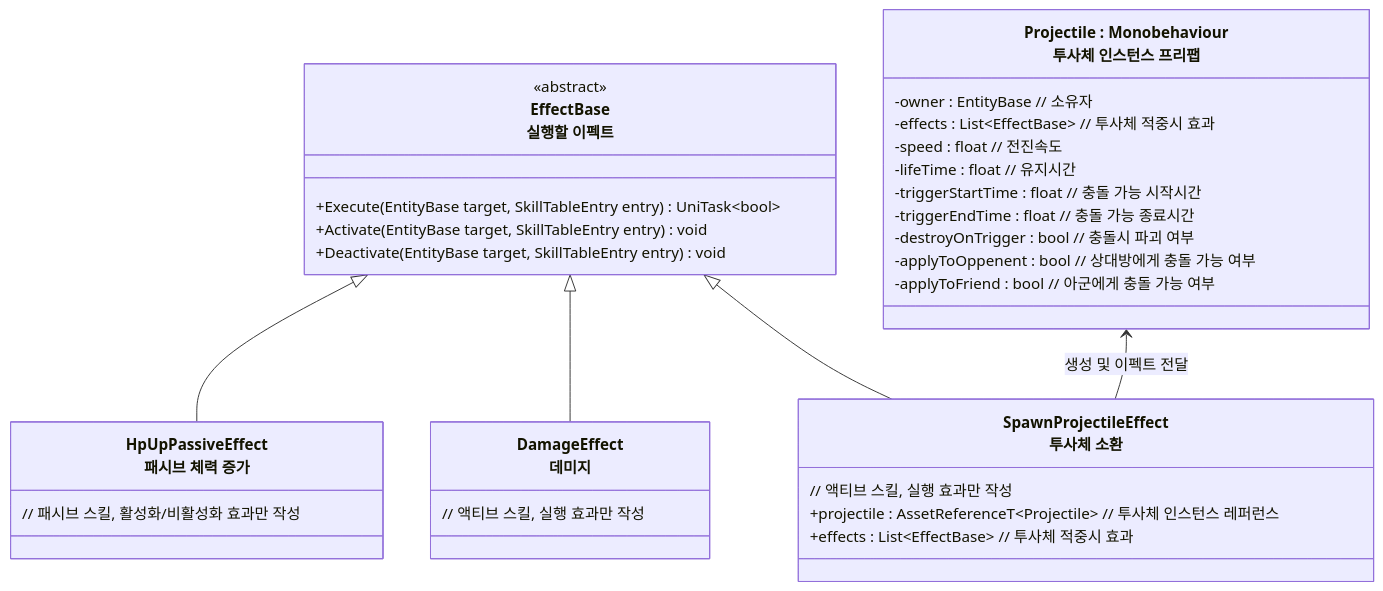
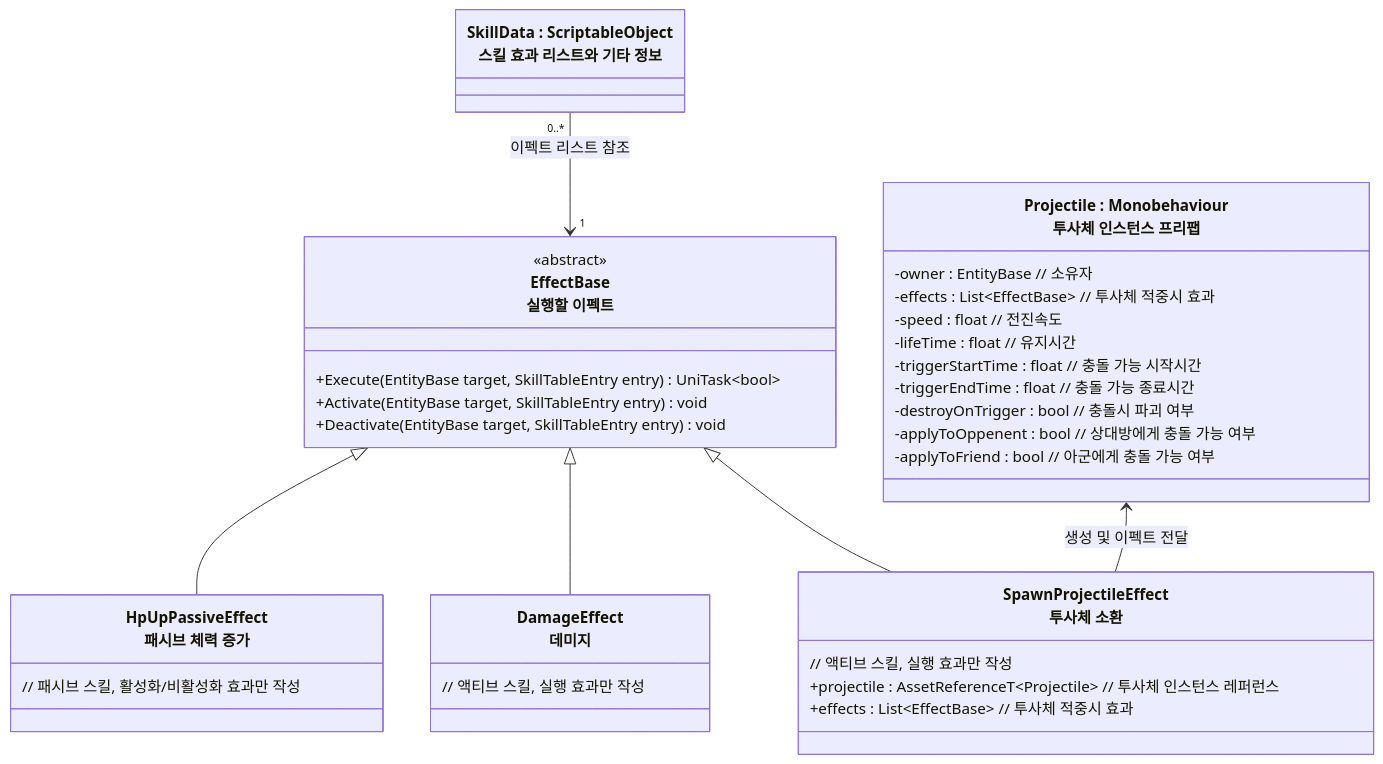
The second of 3 diagrams in README/스킬시스템_설계.md (JIN5EOK/DungeonShooter), drawn with Mermaid before and after one commit. The commit also changed other lines of this file and 1 other file, not shown here.

````diff
--- a/README/스킬시스템_설계.md
+++ b/README/스킬시스템_설계.md
@@ -95,40 +102,41 @@
 ```mermaid
 classDiagram
     class EffectBase["EffectBase<br>실행할 이펙트"]{
         <<abstract>>
         +Execute(EntityBase target, SkillTableEntry entry) UniTask~bool~
         +Activate(EntityBase target, SkillTableEntry entry) void
         +Deactivate(EntityBase target, SkillTableEntry entry) void
     }
 
 	class HpUpPassiveEffect["HpUpPassiveEffect<br>패시브 체력 증가"]{
 		// 패시브 스킬, 활성화/비활성화 효과만 작성
 	}
 	
     class DamageEffect["DamageEffect<br>데미지"]{
         // 액티브 스킬, 실행 효과만 작성
     }
 
     class SpawnProjectileEffect["SpawnProjectileEffect<br>투사체 소환"]{
 	    // 액티브 스킬, 실행 효과만 작성
         +projectile : AssetReferenceT~Projectile~ // 투사체 인스턴스 레퍼런스
         +effects : List~EffectBase~ // 투사체 적중시 효과
     }
     
     class Projectile["Projectile : Monobehaviour<br>투사체 인스턴스 프리팹"]{
         -owner : EntityBase // 소유자
         -effects : List~EffectBase~ // 투사체 적중시 효과
         -speed : float // 전진속도
         -lifeTime : float // 유지시간
         -triggerStartTime : float // 충돌 가능 시작시간
         -triggerEndTime : float // 충돌 가능 종료시간
         -destroyOnTrigger : bool // 충돌시 파괴 여부
         -applyToOppenent : bool // 상대방에게 충돌 가능 여부
         -applyToFriend : bool // 아군에게 충돌 가능 여부
     }
-
+    class SkillData["SkillData : ScriptableObject<br>스킬 효과 리스트와 기타 정보"]
     EffectBase <|-- HpUpPassiveEffect
     EffectBase <|-- DamageEffect
     EffectBase <|-- SpawnProjectileEffect
     Projectile <-- SpawnProjectileEffect : 생성 및 이펙트 전달
+    SkillData "0..*"-->"1" EffectBase : 이펙트 리스트 참조
 ```
````
